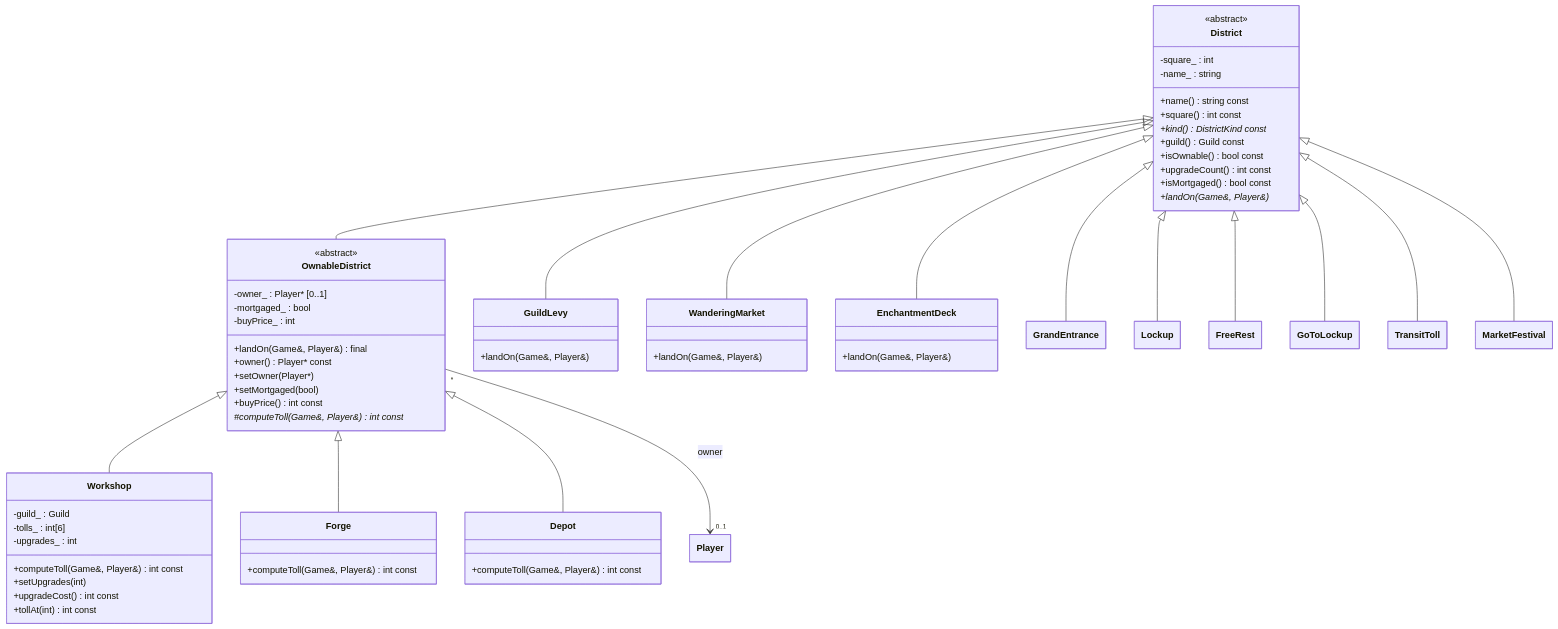
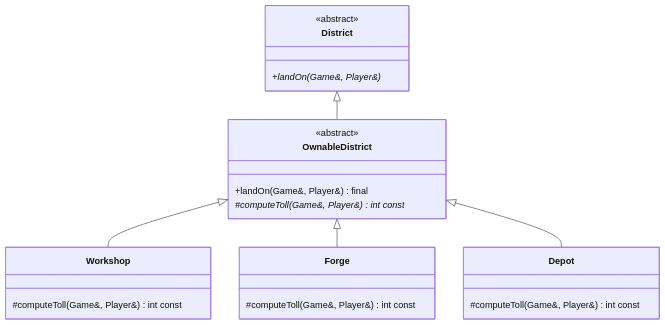
One commit to jasmehar-k/hungry-hungry-capitalists changed the second of 7 diagrams in uml.md. Above: the diagram before and after it, drawn with Mermaid. The commit also changed other lines of this file and 8 other files, not shown here.

Commit message:
redraw uml per pattern with minimal detail to show each pattern uniqueness

````diff
--- a/uml.md
+++ b/uml.md
@@ -98,75 +94,33 @@
 ```mermaid
 ---
 config:
   class:
     hideEmptyMembersBox: true
 ---
 classDiagram
     direction TB
 
     class District {
         <<abstract>>
-        +name() string const
-        +square() int const
-        +kind() DistrictKind const*
-        +guild() Guild const
-        +isOwnable() bool const
-        +upgradeCount() int const
-        +isMortgaged() bool const
         +landOn(Game&, Player&)*
-        -square_ : int
-        -name_ : string
     }
     class OwnableDistrict {
         <<abstract>>
         +landOn(Game&, Player&) final
-        +owner() Player* const
-        +setOwner(Player*)
-        +setMortgaged(bool)
-        +buyPrice() int const
         #computeToll(Game&, Player&) int const*
-        -owner_ : Player* [0..1]
-        -mortgaged_ : bool
-        -buyPrice_ : int
     }
     class Workshop {
-        +computeToll(Game&, Player&) int const
-        +setUpgrades(int)
-        +upgradeCost() int const
-        +tollAt(int) int const
-        -guild_ : Guild
-        -tolls_ : int[6]
-        -upgrades_ : int
+        #computeToll(Game&, Player&) int const
     }
     class Forge {
-        +computeToll(Game&, Player&) int const
+        #computeToll(Game&, Player&) int const
     }
     class Depot {
-        +computeToll(Game&, Player&) int const
-    }
-    class GuildLevy {
-        +landOn(Game&, Player&)
-    }
-    class WanderingMarket {
-        +landOn(Game&, Player&)
-    }
-    class EnchantmentDeck {
-        +landOn(Game&, Player&)
+        #computeToll(Game&, Player&) int const
     }
 
     District <|-- OwnableDistrict
     OwnableDistrict <|-- Workshop
     OwnableDistrict <|-- Forge
     OwnableDistrict <|-- Depot
-    District <|-- GrandEntrance
-    District <|-- Lockup
-    District <|-- FreeRest
-    District <|-- GoToLockup
-    District <|-- GuildLevy
-    District <|-- TransitToll
-    District <|-- MarketFestival
-    District <|-- WanderingMarket
-    District <|-- EnchantmentDeck
-
-    OwnableDistrict "*" --> "0..1" Player : owner
 ```
````
